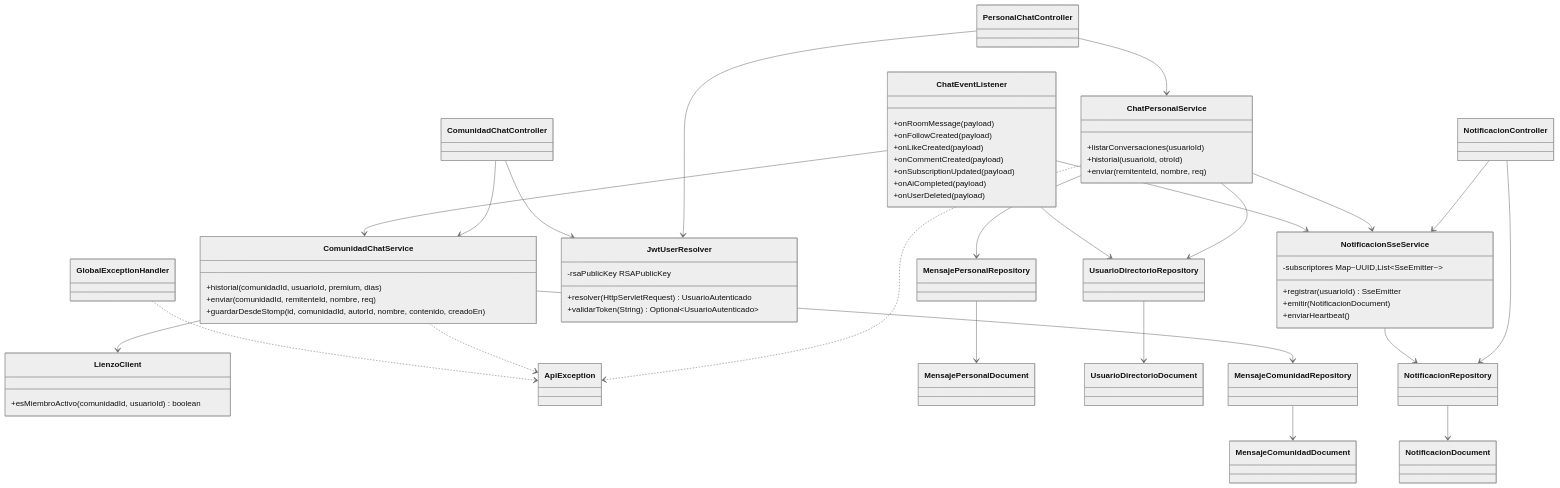
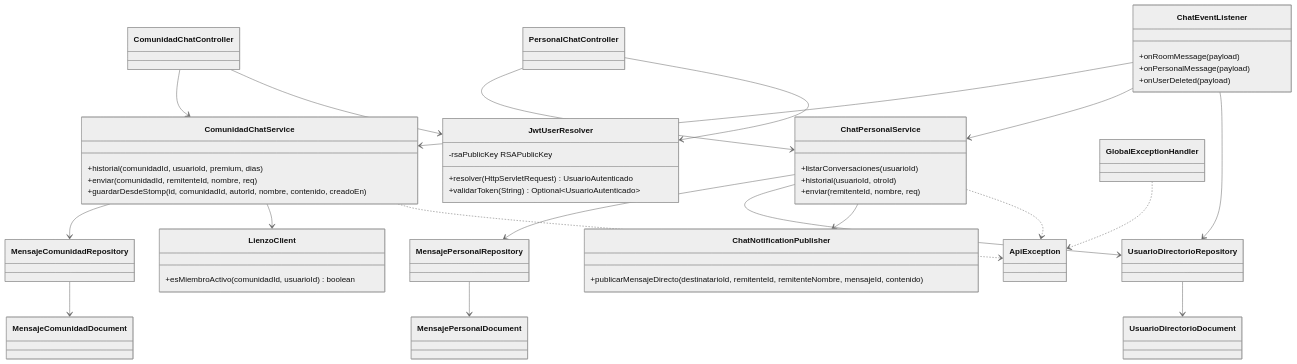
One commit to Artagram/artagram-chat changed the first of 2 diagrams in README.md. Above: the diagram before and after it, drawn with Mermaid (neutral theme). The commit also changed other lines of this file and 10 other files, not shown here.

````diff
--- a/README.md
+++ b/README.md
@@ -28,79 +25,65 @@
 ```mermaid
 classDiagram
     class PersonalChatController
     class ComunidadChatController
-    class NotificacionController
 
     class ChatPersonalService {
         +listarConversaciones(usuarioId)
         +historial(usuarioId, otroId)
         +enviar(remitenteId, nombre, req)
     }
     class ComunidadChatService {
         +historial(comunidadId, usuarioId, premium, dias)
         +enviar(comunidadId, remitenteId, nombre, req)
         +guardarDesdeStomp(id, comunidadId, autorId, nombre, contenido, creadoEn)
     }
-    class NotificacionSseService {
-        -subscriptores Map~UUID,List~SseEmitter~~
-        +registrar(usuarioId) SseEmitter
-        +emitir(NotificacionDocument)
-        +enviarHeartbeat()
+    class ChatNotificationPublisher {
+        +publicarMensajeDirecto(destinatarioId, remitenteId, remitenteNombre, mensajeId, contenido)
     }
     class ChatEventListener {
         +onRoomMessage(payload)
-        +onFollowCreated(payload)
-        +onLikeCreated(payload)
-        +onCommentCreated(payload)
-        +onSubscriptionUpdated(payload)
-        +onAiCompleted(payload)
+        +onPersonalMessage(payload)
         +onUserDeleted(payload)
     }
     class LienzoClient {
         +esMiembroActivo(comunidadId, usuarioId) boolean
     }
     class JwtUserResolver {
         -rsaPublicKey RSAPublicKey
         +resolver(HttpServletRequest) UsuarioAutenticado
         +validarToken(String) Optional~UsuarioAutenticado~
     }
     class ApiException
     class GlobalExceptionHandler
 
     class MensajePersonalDocument
     class MensajeComunidadDocument
-    class NotificacionDocument
     class UsuarioDirectorioDocument
     class MensajePersonalRepository
     class MensajeComunidadRepository
-    class NotificacionRepository
     class UsuarioDirectorioRepository
 
     PersonalChatController --> ChatPersonalService
     PersonalChatController --> JwtUserResolver
     ComunidadChatController --> ComunidadChatService
     ComunidadChatController --> JwtUserResolver
-    NotificacionController --> NotificacionSseService
-    NotificacionController --> NotificacionRepository
 
     ChatPersonalService --> MensajePersonalRepository
     ChatPersonalService --> UsuarioDirectorioRepository
-    ChatPersonalService --> NotificacionSseService
+    ChatPersonalService --> ChatNotificationPublisher
     ChatPersonalService ..> ApiException
 
     ComunidadChatService --> MensajeComunidadRepository
     ComunidadChatService --> LienzoClient
     ComunidadChatService ..> ApiException
 
     ChatEventListener --> ComunidadChatService
-    ChatEventListener --> NotificacionSseService
+    ChatEventListener --> ChatPersonalService
     ChatEventListener --> UsuarioDirectorioRepository
 
-    NotificacionSseService --> NotificacionRepository
     GlobalExceptionHandler ..> ApiException
 
     MensajePersonalRepository --> MensajePersonalDocument
     MensajeComunidadRepository --> MensajeComunidadDocument
-    NotificacionRepository --> NotificacionDocument
     UsuarioDirectorioRepository --> UsuarioDirectorioDocument
 ```
````
